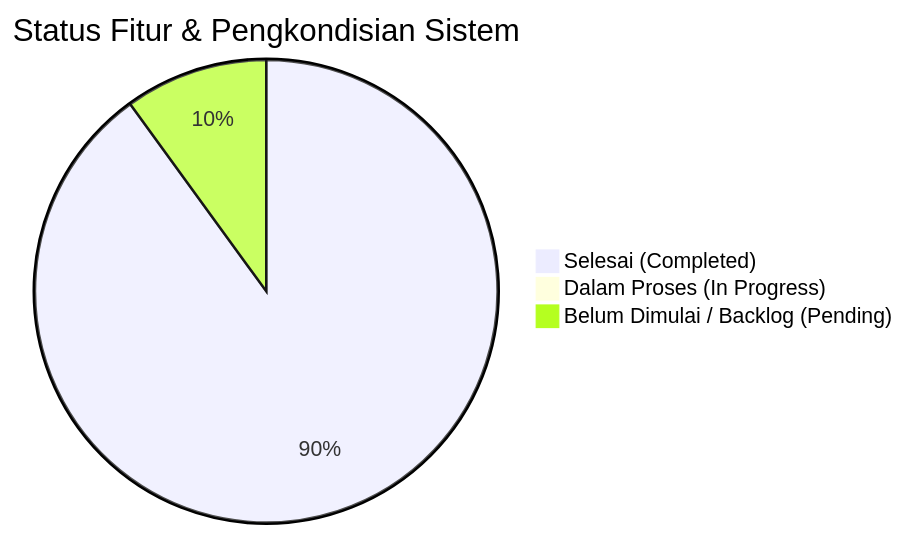
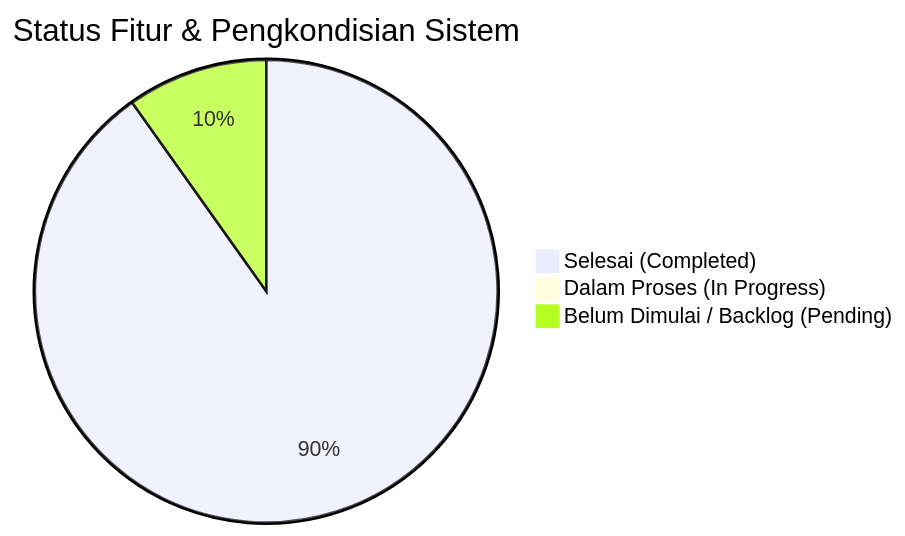
Before and after one commit to 4lliiifffff/pengembangan-presensi-pkbmpikat: the diagram in docs/progress_pengembangan_sistem_presensi.md, drawn with Mermaid. The commit also changed other lines of this file and 12 other files, not shown here.

````diff
--- a/docs/progress_pengembangan_sistem_presensi.md
+++ b/docs/progress_pengembangan_sistem_presensi.md
@@ -13,6 +13,6 @@
 ```mermaid
 pie title Status Fitur & Pengkondisian Sistem
-    "Selesai (Completed)" : 54
+    "Selesai (Completed)" : 55
     "Dalam Proses (In Progress)" : 0
     "Belum Dimulai / Backlog (Pending)" : 6
 ```
````
